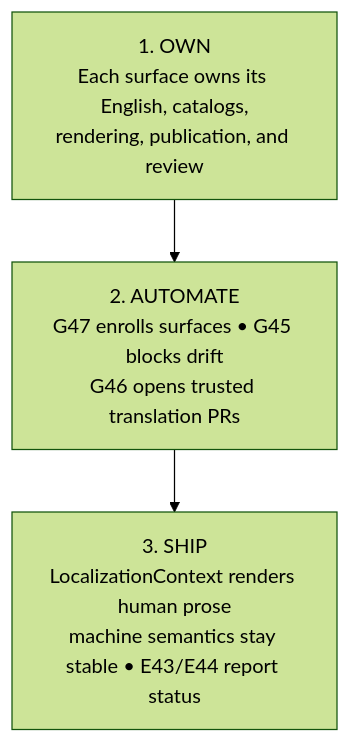
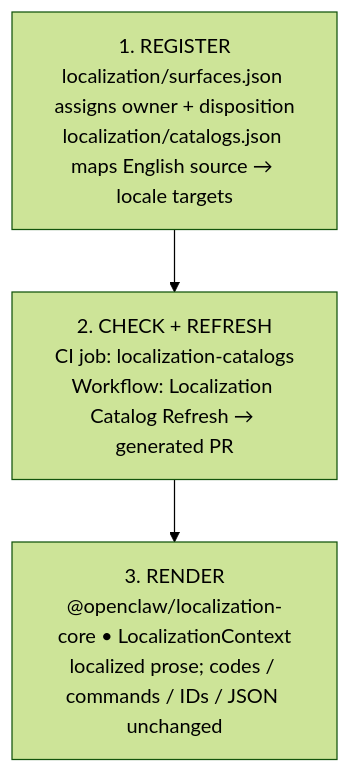
The diagram in rfcs/0024-localization-runtime-and-coverage.md (openclaw/rfcs), drawn with Mermaid (forest theme) before and after one commit. The commit also changed other lines of this file, not shown here.

Commit message:
docs(localization): name concrete system components

````diff
--- a/rfcs/0024-localization-runtime-and-coverage.md
+++ b/rfcs/0024-localization-runtime-and-coverage.md
@@ -47,8 +46,8 @@
 ```mermaid
 flowchart TB
-  ONE["1. OWN<br/>Each surface owns its English, catalogs,<br/>rendering, publication, and review"]
-  TWO["2. AUTOMATE<br/>G47 enrolls surfaces • G45 blocks drift<br/>G46 opens trusted translation PRs"]
-  THREE["3. SHIP<br/>LocalizationContext renders human prose<br/>machine semantics stay stable • E43/E44 report status"]
+  ONE["1. REGISTER<br/>localization/surfaces.json assigns owner + disposition<br/>localization/catalogs.json maps English source → locale targets"]
+  TWO["2. CHECK + REFRESH<br/>CI job: localization-catalogs<br/>Workflow: Localization Catalog Refresh → generated PR"]
+  THREE["3. RENDER<br/>@openclaw/localization-core • LocalizationContext<br/>localized prose; codes / commands / IDs / JSON unchanged"]
 
   ONE --> TWO --> THREE
 ```
````
